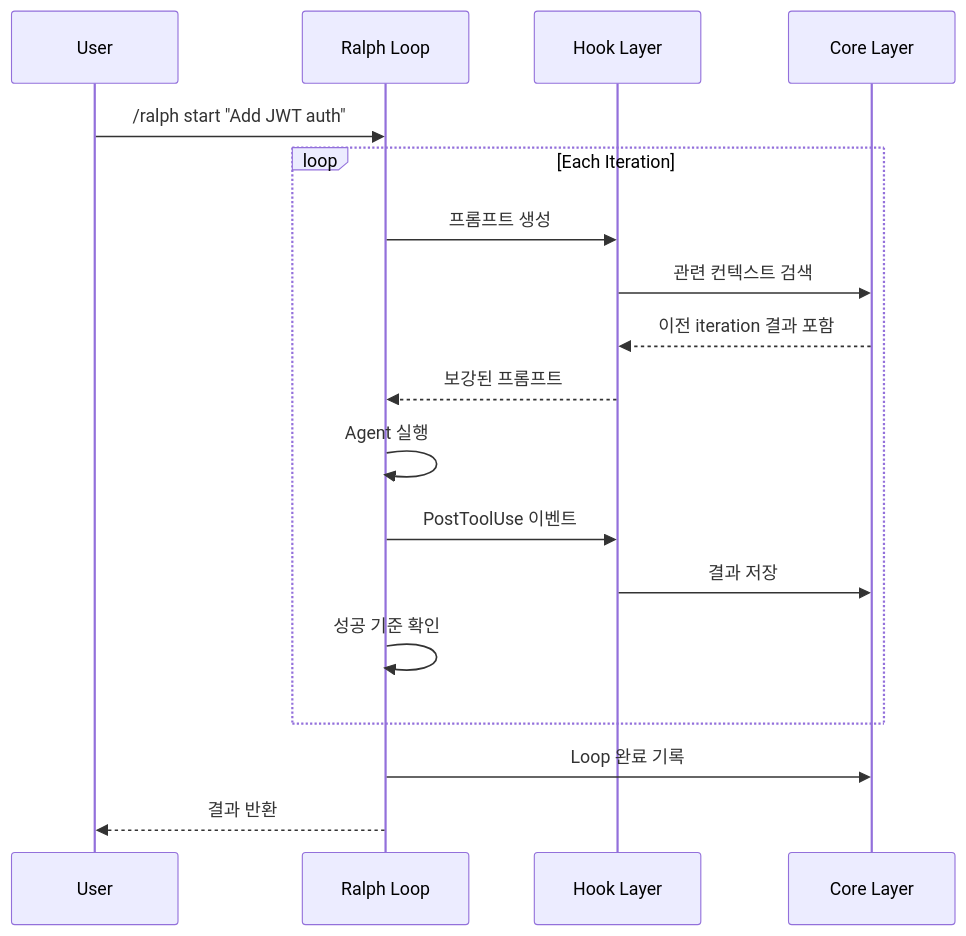
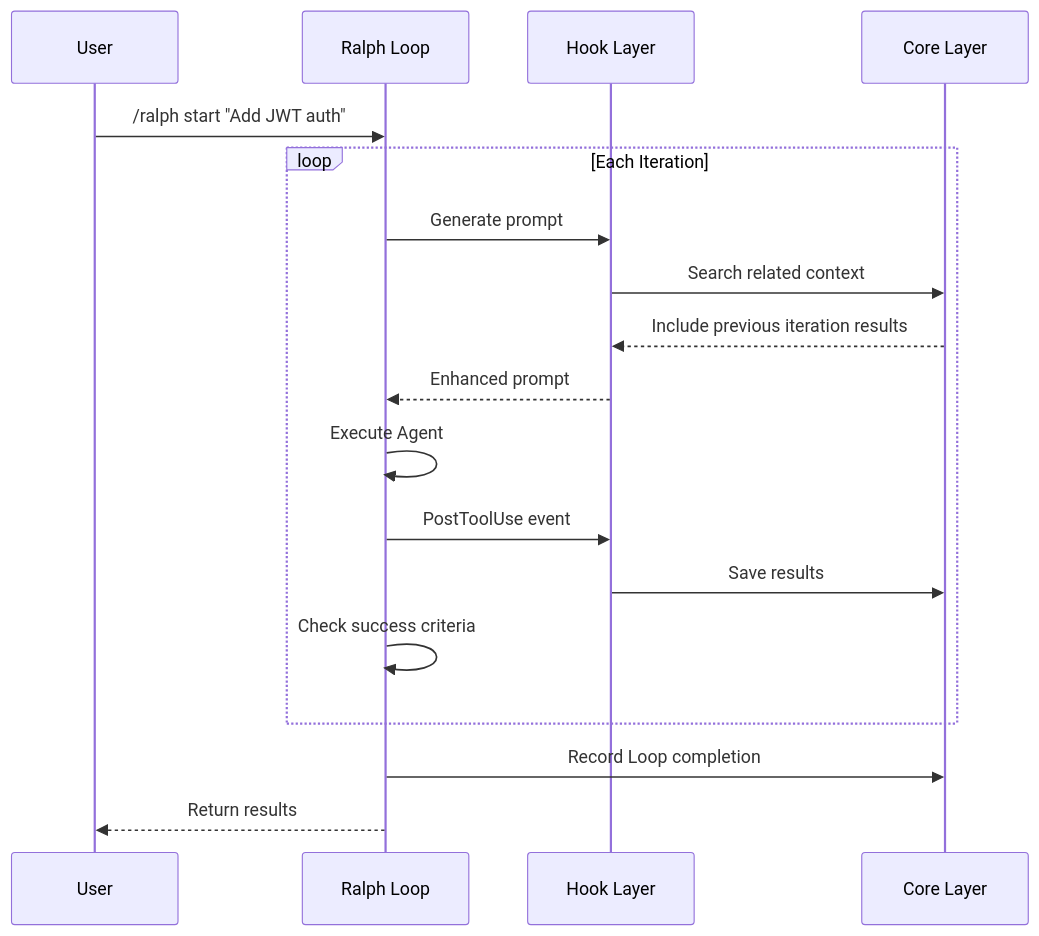
Before and after one commit to yeochul-jeon/ralph-mem: the seventh of 10 diagrams in docs/PRD.md, drawn with Mermaid. The commit also changed other lines of this file and 26 other files, not shown here.

````diff
--- a/docs/PRD.md
+++ b/docs/PRD.md
@@ -344,23 +346,23 @@
 ```mermaid
 sequenceDiagram
     participant U as User
     participant R as Ralph Loop
     participant H as Hook Layer
     participant C as Core Layer
 
     U->>R: /ralph start "Add JWT auth"
 
     loop Each Iteration
-        R->>H: 프롬프트 생성
-        H->>C: 관련 컨텍스트 검색
-        C-->>H: 이전 iteration 결과 포함
-        H-->>R: 보강된 프롬프트
-        R->>R: Agent 실행
-        R->>H: PostToolUse 이벤트
-        H->>C: 결과 저장
-        R->>R: 성공 기준 확인
+        R->>H: Generate prompt
+        H->>C: Search related context
+        C-->>H: Include previous iteration results
+        H-->>R: Enhanced prompt
+        R->>R: Execute Agent
+        R->>H: PostToolUse event
+        H->>C: Save results
+        R->>R: Check success criteria
     end
 
-    R->>C: Loop 완료 기록
-    R-->>U: 결과 반환
+    R->>C: Record Loop completion
+    R-->>U: Return results
 ```
````
